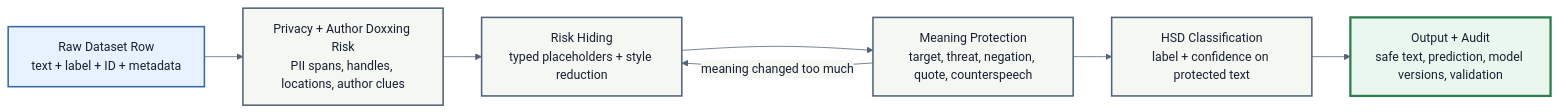
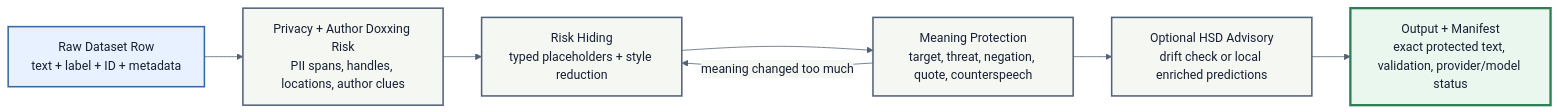
The diagram in docs/challenge/model_task_pipeline_pitch.md (batinium/PrivHSD-Challenge), drawn with Mermaid before and after one commit. The commit also changed other lines of this file and 30 other files, not shown here.

````diff
--- a/docs/challenge/model_task_pipeline_pitch.md
+++ b/docs/challenge/model_task_pipeline_pitch.md
@@ -13,18 +13,18 @@
 ```mermaid
 
 %%{init: {"theme": "base", "themeVariables": {"fontFamily": "Inter, Arial, sans-serif", "primaryTextColor": "#172033", "lineColor": "#536173", "primaryBorderColor": "#52627A", "primaryColor": "#EEF4FF", "secondaryColor": "#F4F7F2", "tertiaryColor": "#FFF6E5"}}}%%
 flowchart LR
     A["Raw Dataset Row<br/>text + label + ID + metadata"]:::input
     B["Privacy + Author Doxxing Risk<br/>PII spans, handles, locations, author clues"]:::task
     C["Risk Hiding<br/>typed placeholders + style reduction"]:::task
     D["Meaning Protection<br/>target, threat, negation, quote, counterspeech"]:::task
-    E["HSD Classification<br/>label + confidence on protected text"]:::task
-    F["Output + Audit<br/>safe text, prediction, model versions, validation"]:::output
+    E["Optional HSD Advisory<br/>drift check or local enriched predictions"]:::task
+    F["Output + Manifest<br/>exact protected text, validation, provider/model status"]:::output
 
     A --> B --> C --> D --> E --> F
     D -- "meaning changed too much" --> C
 
     classDef input fill:#E8F1FF,stroke:#3768A6,stroke-width:2px,color:#172033;
     classDef task fill:#F4F7F2,stroke:#52627A,stroke-width:2px,color:#172033;
     classDef output fill:#EAF7EF,stroke:#2F7D54,stroke-width:3px,color:#172033;
 ```
````
